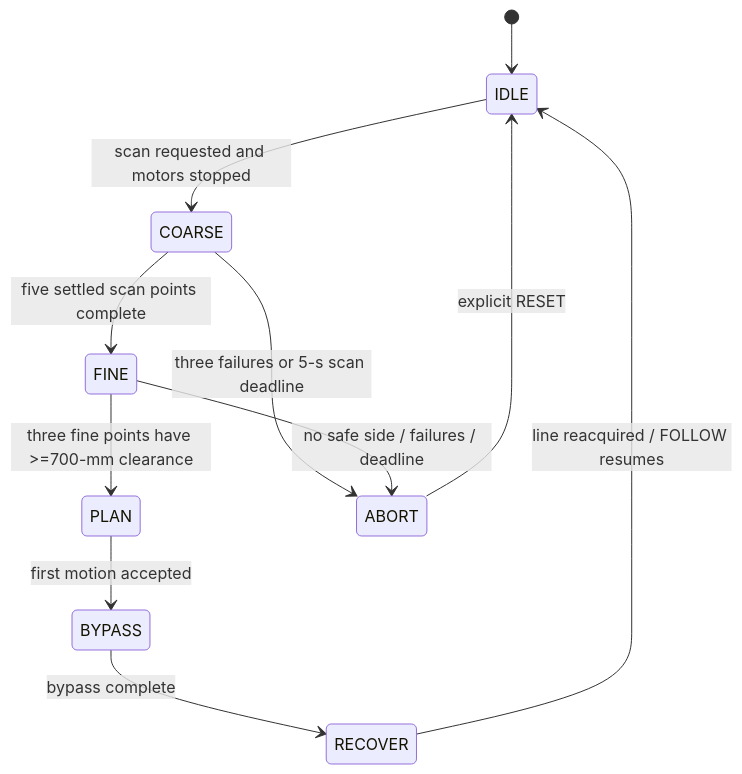
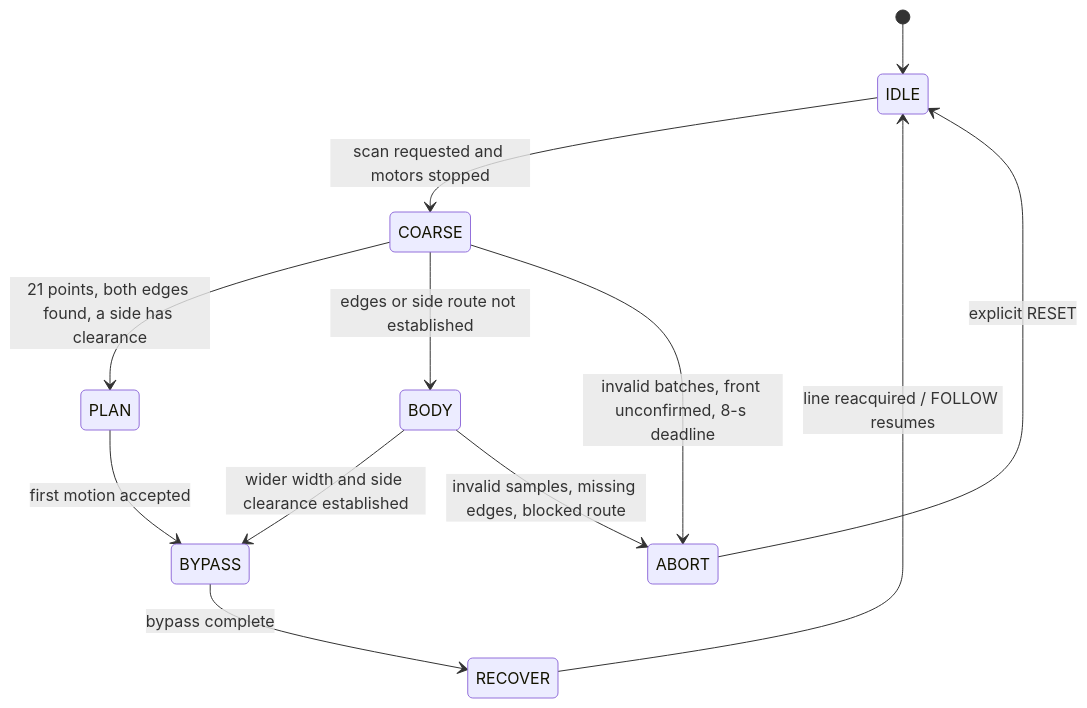
One commit to YardiCous/Motor-Wheel changed the third of 7 diagrams in docs/design_review.md. Above: the diagram before and after it, drawn with Mermaid. The commit also changed other lines of this file and 20 other files, not shown here.

````diff
--- a/docs/design_review.md
+++ b/docs/design_review.md
@@ -187,13 +189,14 @@
 ```mermaid
 stateDiagram-v2
     [*] --> IDLE
     IDLE --> COARSE: scan requested and motors stopped
-    COARSE --> FINE: five settled scan points complete
-    FINE --> PLAN: three fine points have >=700-mm clearance
-    COARSE --> ABORT: three failures or 5-s scan deadline
-    FINE --> ABORT: no safe side / failures / deadline
+    COARSE --> PLAN: 21 points, both edges found, a side has clearance
+    COARSE --> BODY: edges or side route not established
+    COARSE --> ABORT: invalid batches, front unconfirmed, 8-s deadline
+    BODY --> BYPASS: wider width and side clearance established
+    BODY --> ABORT: invalid samples, missing edges, blocked route
     PLAN --> BYPASS: first motion accepted
     BYPASS --> RECOVER: bypass complete
     RECOVER --> IDLE: line reacquired / FOLLOW resumes
     ABORT --> IDLE: explicit RESET
 ```
````
